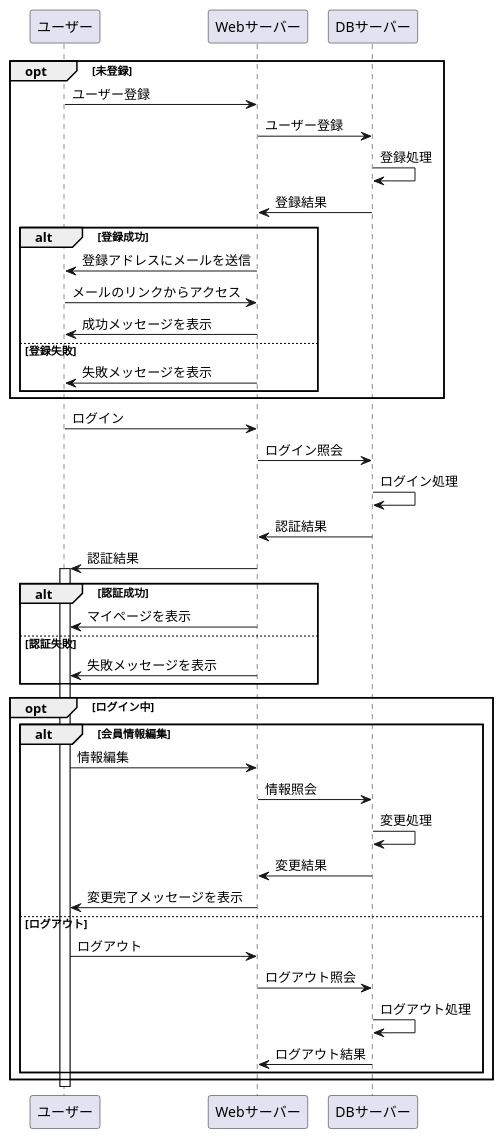
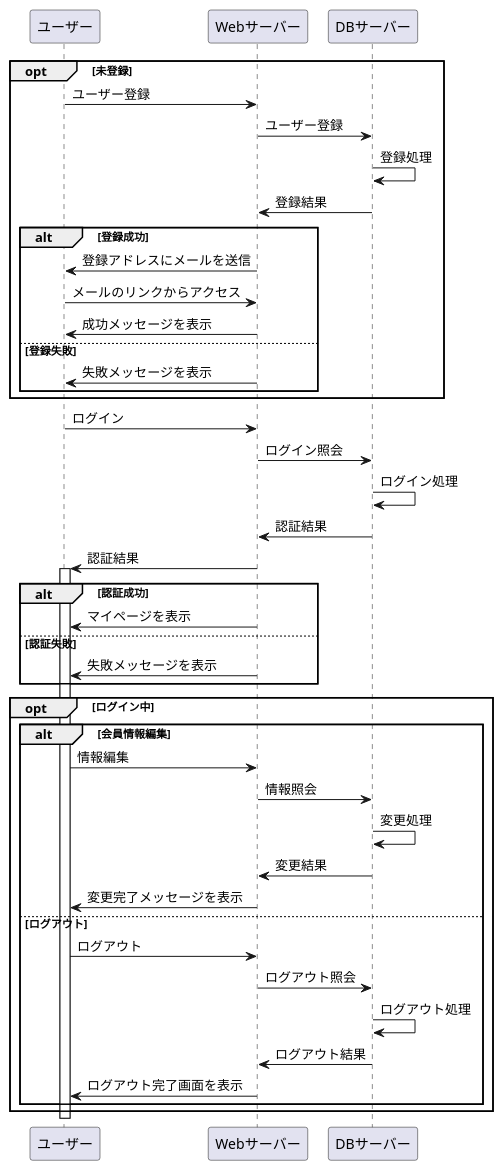
One commit to Aso2001384/2021sys-design changed the diagram in ECsite_login.md. Above: the diagram before and after it, drawn with PlantUML.

````diff
--- a/ECsite_login.md
+++ b/ECsite_login.md
@@ -1,55 +1,56 @@
 ```uml
 @startuml
 
 opt 未登録
 ユーザー -> Webサーバー : ユーザー登録
 Webサーバー -> DBサーバー : ユーザー登録
 DBサーバー -> DBサーバー : 登録処理
 DBサーバー -> Webサーバー : 登録結果
 
 alt 登録成功
 Webサーバー -> ユーザー : 登録アドレスにメールを送信
 ユーザー -> Webサーバー : メールのリンクからアクセス
 Webサーバー -> ユーザー : 成功メッセージを表示
 
 else 登録失敗
 Webサーバー -> ユーザー : 失敗メッセージを表示
 end
 end
 
 ユーザー -> Webサーバー : ログイン
 Webサーバー -> DBサーバー : ログイン照会
 DBサーバー -> DBサーバー : ログイン処理
 DBサーバー -> Webサーバー : 認証結果
 Webサーバー -> ユーザー : 認証結果
 
 activate ユーザー
 
 alt 認証成功
 Webサーバー -> ユーザー : マイページを表示
 
 else 認証失敗
 Webサーバー -> ユーザー : 失敗メッセージを表示
 
 end
 
 opt ログイン中
 alt 会員情報編集
 ユーザー -> Webサーバー : 情報編集
 Webサーバー -> DBサーバー : 情報照会
 DBサーバー -> DBサーバー : 変更処理
 DBサーバー -> Webサーバー : 変更結果
 Webサーバー -> ユーザー : 変更完了メッセージを表示
 
 else ログアウト
 ユーザー -> Webサーバー : ログアウト
 Webサーバー -> DBサーバー : ログアウト照会
 DBサーバー -> DBサーバー : ログアウト処理
 DBサーバー -> Webサーバー : ログアウト結果
+Webサーバー -> ユーザー : ログアウト完了画面を表示
 
 end
 end
 
 deactivate ユーザー
 @enduml
 ```
````
